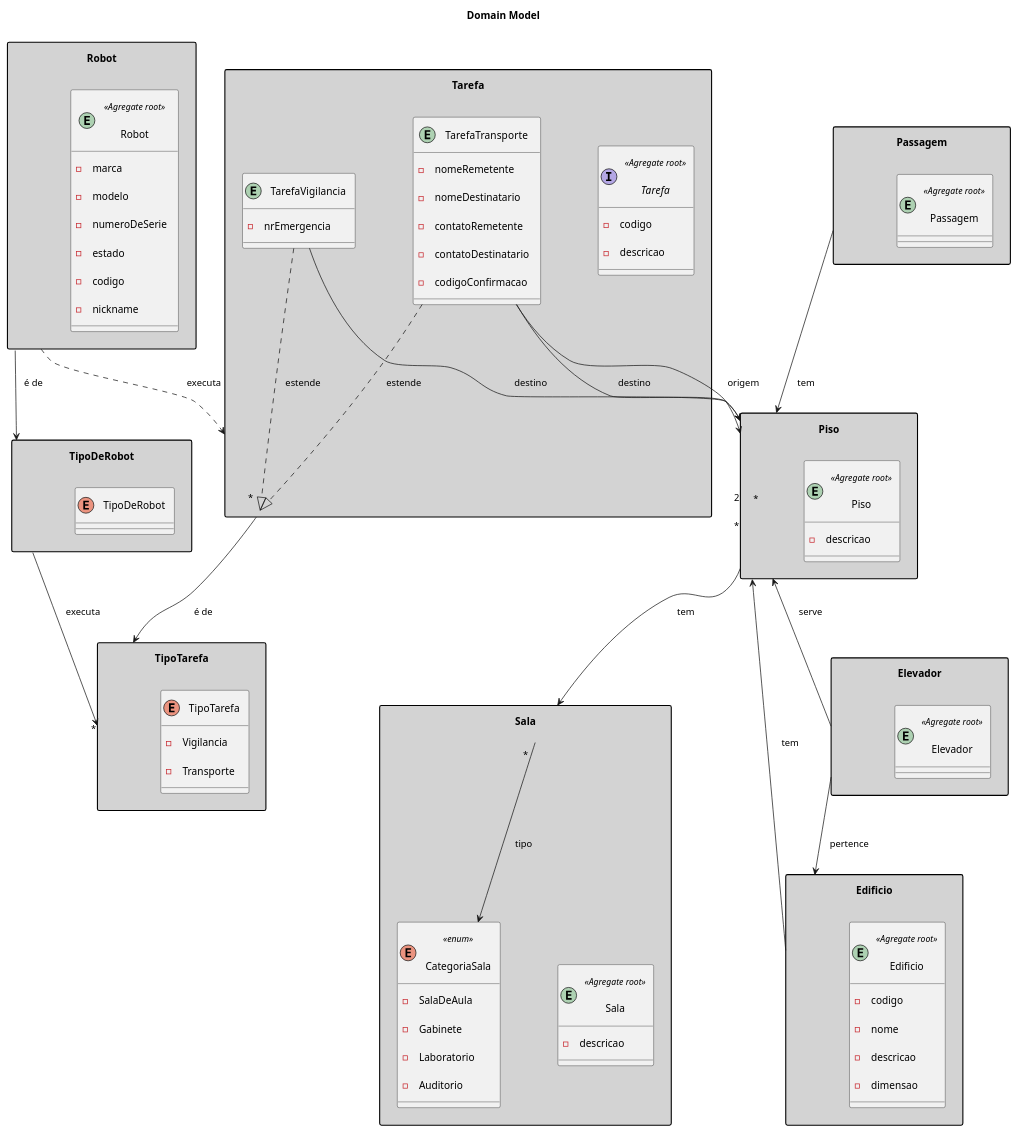
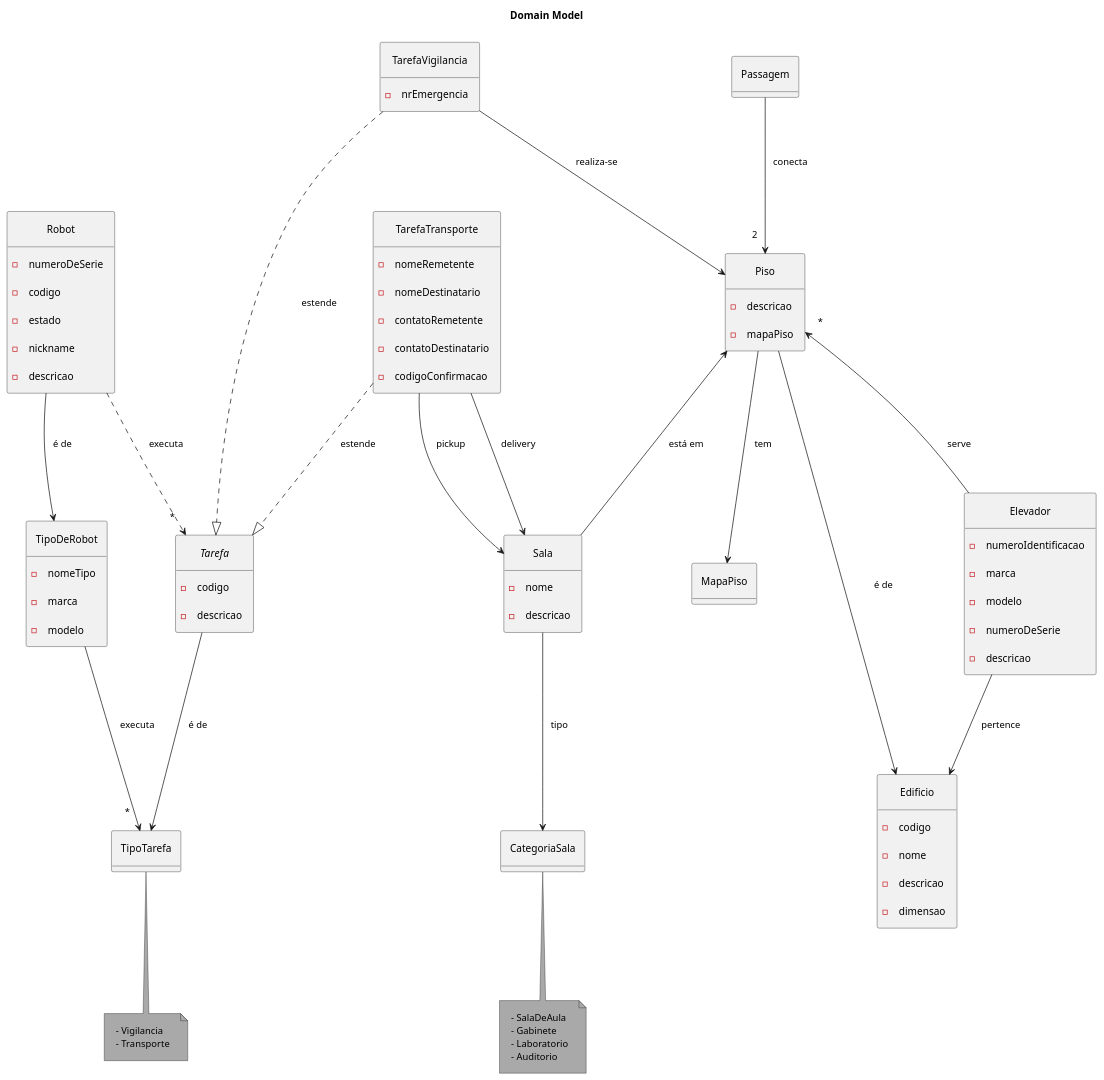
One commit to rpeir/LAPR5 changed the diagram in docs/domainModel/domainModel.puml. Above: the diagram before and after it, drawn with PlantUML. The commit also changed 1 other file, not shown here.

Commit message:
FRG-1 Updated DDD and created new Domain Model

```diff
--- a/docs/domainModel/domainModel.puml
+++ b/docs/domainModel/domainModel.puml
@@ -1,129 +1,127 @@
-@startuml Domain Model
+@startuml Domain Driven Design
 
 title "Domain Model"
 ' left to right direction
 ' top to bottom direction
 skinparam Padding 10
 skinparam Nodesep 80
 skinparam ranksep 100
 skinparam groupInheritance 1
 ' skinparam linetype ortho
 skinparam separation 1000
 skinparam NoteBackgroundColor #A9A9A9
 skinparam PackageStyle rectangle
 skinparam package {
     BackgroundColor #D3D3D3
     FontStyle bold
 }
 
-' hide circle
-' hide methods
+hide circle
+hide methods
 
-package Robot {
-    entity Robot <<Agregate root>>{
-        -marca
-        -modelo
+    entity Robot {
         -numeroDeSerie
+        -codigo
         -estado
-        -codigo
         -nickname
+        -descricao
     }
-}
 
-package TipoDeRobot {
-    Enum TipoDeRobot {
+    entity TipoDeRobot {
+        - nomeTipo
+        - marca
+        - modelo
     }
-}
 
-package TipoTarefa{
-    enum TipoTarefa{
-        -Vigilancia
-        -Transporte
+    enum TipoTarefa {
     }
-}
+    note bottom of TipoTarefa {
+        - Vigilancia
+        - Transporte
+    }
 
-package Tarefa {
-    interface Tarefa <<Agregate root>>{
+    interface Tarefa {
         - codigo
         - descricao
 
     }
 
     entity TarefaVigilancia {
         - nrEmergencia
     }
+
     entity TarefaTransporte {
         - nomeRemetente
         - nomeDestinatario
         - contatoRemetente
         - contatoDestinatario
         - codigoConfirmacao
     }
-}
 
-package Edificio{
-    entity Edificio <<Agregate root>>{
+    entity Edificio {
         - codigo
         - nome
         - descricao
         - dimensao
     }
-}
 
-package Piso{
-    entity Piso <<Agregate root>> {
+    entity Piso {
+        - descricao
+        - mapaPiso
+    }
+
+    entity Elevador {
+        - numeroIdentificacao
+        - marca
+        - modelo
+        - numeroDeSerie
         - descricao
     }
 
-}
 
-package Elevador {
-    entity Elevador <<Agregate root>> {
-      }
-}
-
-package Sala{
-    Entity Sala <<Agregate root>> {
+    entity Sala {
+        - nome
         - descricao
     }
 
-    enum CategoriaSala <<enum>>{
-            - SalaDeAula
-            - Gabinete
-            - Laboratorio
-            - Auditorio
+    enum CategoriaSala
+
+    note bottom of CategoriaSala {
+        - SalaDeAula
+        - Gabinete
+        - Laboratorio
+        - Auditorio
     }
-}
 
-package Passagem{
-    entity Passagem <<Agregate root>>{
+    entity Passagem {
     }
-}
+
 
 TarefaVigilancia ..|> Tarefa: estende
 TarefaTransporte ..|> Tarefa: estende
 
 Sala --> CategoriaSala: tipo
 
 TipoDeRobot --> "*" TipoTarefa: executa
 
-Piso "*" <-- Edificio: tem
+Piso --> Edificio: é de
 Piso "*" <-- Elevador : serve
-Piso --> "*" Sala: tem
+Piso <-- Sala: está em
+Piso --> MapaPiso: tem
 
 Elevador --> Edificio: pertence
 
-TarefaTransporte --> Piso: destino
-TarefaTransporte --> Piso: origem
+TarefaTransporte --> Sala: delivery
+TarefaTransporte --> Sala: pickup
 
-TarefaVigilancia --> Piso: destino
+TarefaVigilancia --> Piso: realiza-se
 
-Passagem --> "2" Piso: tem
+Passagem --> "2" Piso: conecta
 
 Robot --> TipoDeRobot : é de
 
 Tarefa --> TipoTarefa : é de
 
 Robot ..> "*" Tarefa : executa
 
 @enduml
```
